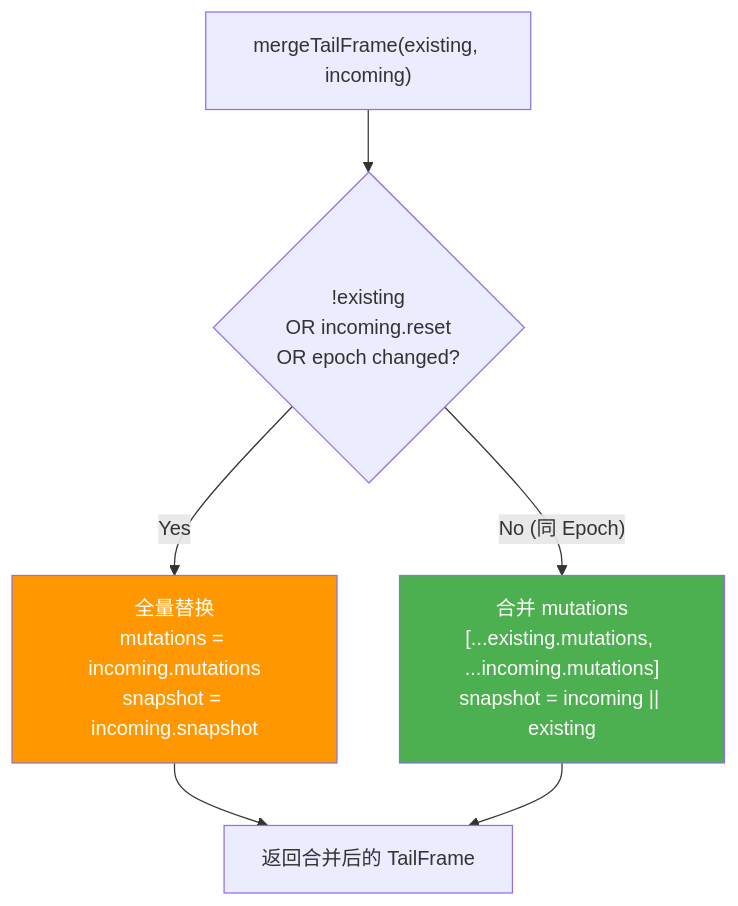
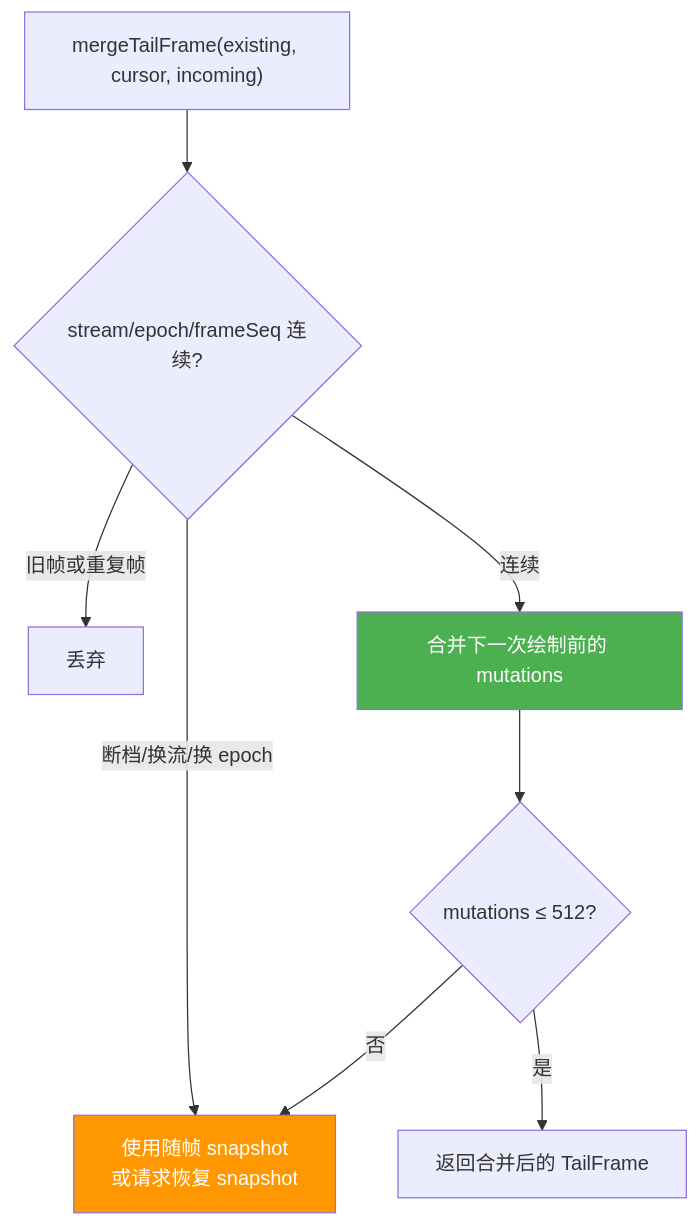
One commit to MRiecy/VCPMobile changed the second of 5 diagrams in docs/modules/ast-diff/05_MessageRenderer集成与rAF渲染节流.md. Above: the diagram before and after it, drawn with Mermaid. The commit also changed other lines of this file and 12 other files, not shown here.

````diff
--- a/docs/modules/ast-diff/05_MessageRenderer集成与rAF渲染节流.md
+++ b/docs/modules/ast-diff/05_MessageRenderer集成与rAF渲染节流.md
@@ -151,13 +133,13 @@
 ```mermaid
 flowchart TD
-    MF["mergeTailFrame(existing, incoming)"] --> Check{"!existing<br/>OR incoming.reset<br/>OR epoch changed?"}
+    MF["mergeTailFrame(existing, cursor, incoming)"] --> Order{"stream/epoch/frameSeq 连续?"}
+    Order -->|"旧帧或重复帧"| Drop["丢弃"]
+    Order -->|"断档/换流/换 epoch"| Recover["使用随帧 snapshot<br/>或请求恢复 snapshot"]
+    Order -->|"连续"| Merge["合并下一次绘制前的 mutations"]
+    Merge --> Budget{"mutations ≤ 512?"}
+    Budget -->|"否"| Recover
+    Budget -->|"是"| Result["返回合并后的 TailFrame"]
 
-    Check -->|"Yes"| Replace["全量替换<br/>mutations = incoming.mutations<br/>snapshot = incoming.snapshot"]
-    Check -->|"No (同 Epoch)"| Merge["合并 mutations<br/>[...existing.mutations, ...incoming.mutations]<br/>snapshot = incoming || existing"]
-
-    Replace --> Result["返回合并后的 TailFrame"]
-    Merge --> Result
-
-    style Replace fill:#ff9800,color:#fff
+    style Recover fill:#ff9800,color:#fff
     style Merge fill:#4caf50,color:#fff
 ```
````
